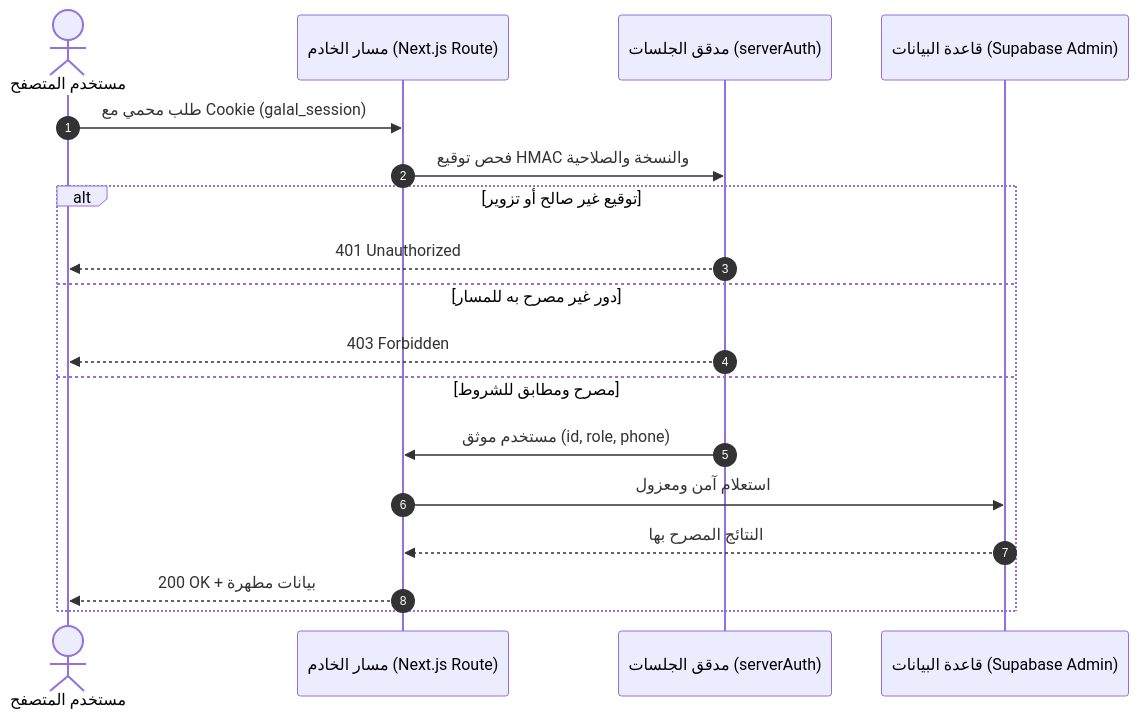
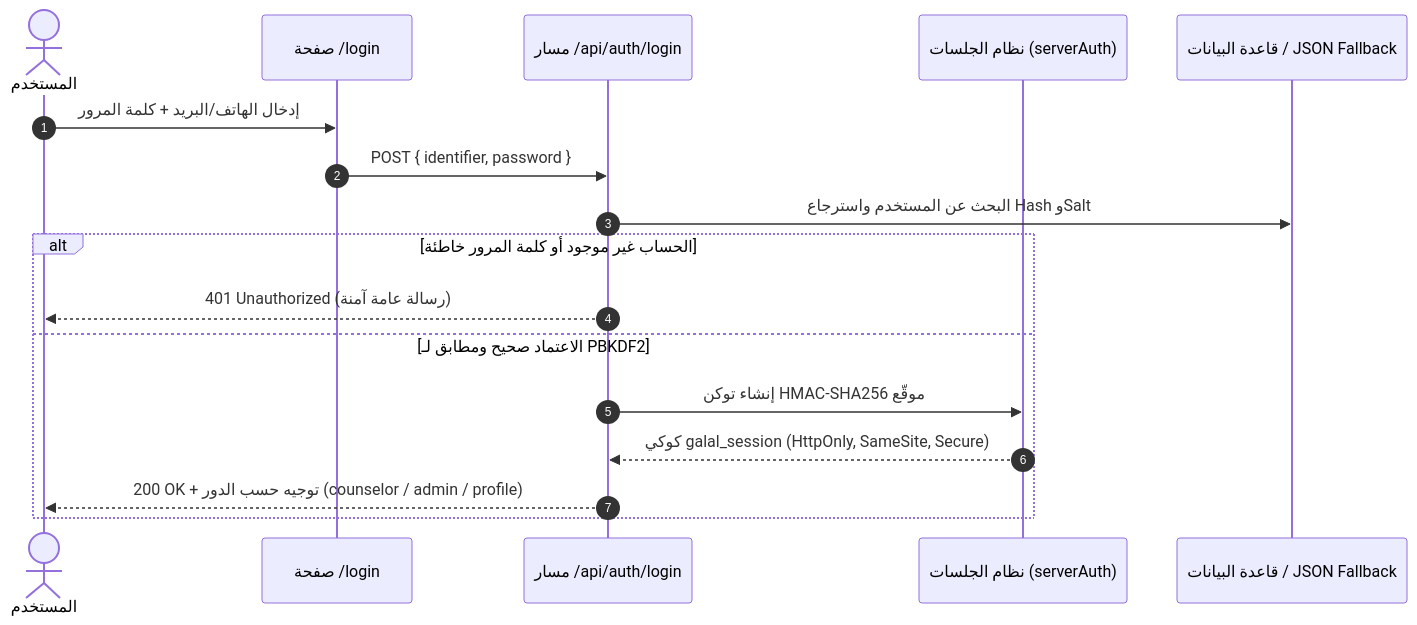
One commit to GalalAhmad/galal-web changed the fourth of 5 diagrams in docs/architecture/SECURITY_AND_BOOKING.md. Above: the diagram before and after it, drawn with Mermaid. The commit also changed other lines of this file and 20 other files, not shown here.

````diff
--- a/docs/architecture/SECURITY_AND_BOOKING.md
+++ b/docs/architecture/SECURITY_AND_BOOKING.md
@@ -91,21 +150,20 @@
 ```mermaid
 sequenceDiagram
     autonumber
-    actor User as مستخدم المتصفح
-    participant AppRoute as مسار الخادم (Next.js Route)
-    participant AuthGuard as مدقق الجلسات (serverAuth)
-    participant DB as قاعدة البيانات (Supabase Admin)
+    actor Client as المستخدم
+    participant LoginUI as صفحة /login
+    participant AuthRoute as مسار /api/auth/login
+    participant ServerAuth as نظام الجلسات (serverAuth)
+    participant DB as قاعدة البيانات / JSON Fallback
 
-    User->>AppRoute: طلب محمي مع Cookie (galal_session)
-    AppRoute->>AuthGuard: فحص توقيع HMAC والنسخة والصلاحية
-    alt توقيع غير صالح أو تزوير
-        AuthGuard-->>User: 401 Unauthorized
-    else دور غير مصرح به للمسار
-        AuthGuard-->>User: 403 Forbidden
-    else مصرح ومطابق للشروط
-        AuthGuard->>AppRoute: مستخدم موثق (id, role, phone)
-        AppRoute->>DB: استعلام آمن ومعزول
-        DB-->>AppRoute: النتائج المصرح بها
-        AppRoute-->>User: 200 OK + بيانات مطهرة
+    Client->>LoginUI: إدخال الهاتف/البريد + كلمة المرور
+    LoginUI->>AuthRoute: POST { identifier, password }
+    AuthRoute->>DB: البحث عن المستخدم واسترجاع Hash وSalt
+    alt الحساب غير موجود أو كلمة المرور خاطئة
+        AuthRoute-->>Client: 401 Unauthorized (رسالة عامة آمنة)
+    else الاعتماد صحيح ومطابق لـ PBKDF2
+        AuthRoute->>ServerAuth: إنشاء توكن HMAC-SHA256 موقّع
+        ServerAuth-->>AuthRoute: كوكي galal_session (HttpOnly, SameSite, Secure)
+        AuthRoute-->>Client: 200 OK + توجيه حسب الدور (counselor / admin / profile)
     end
 ```
````
